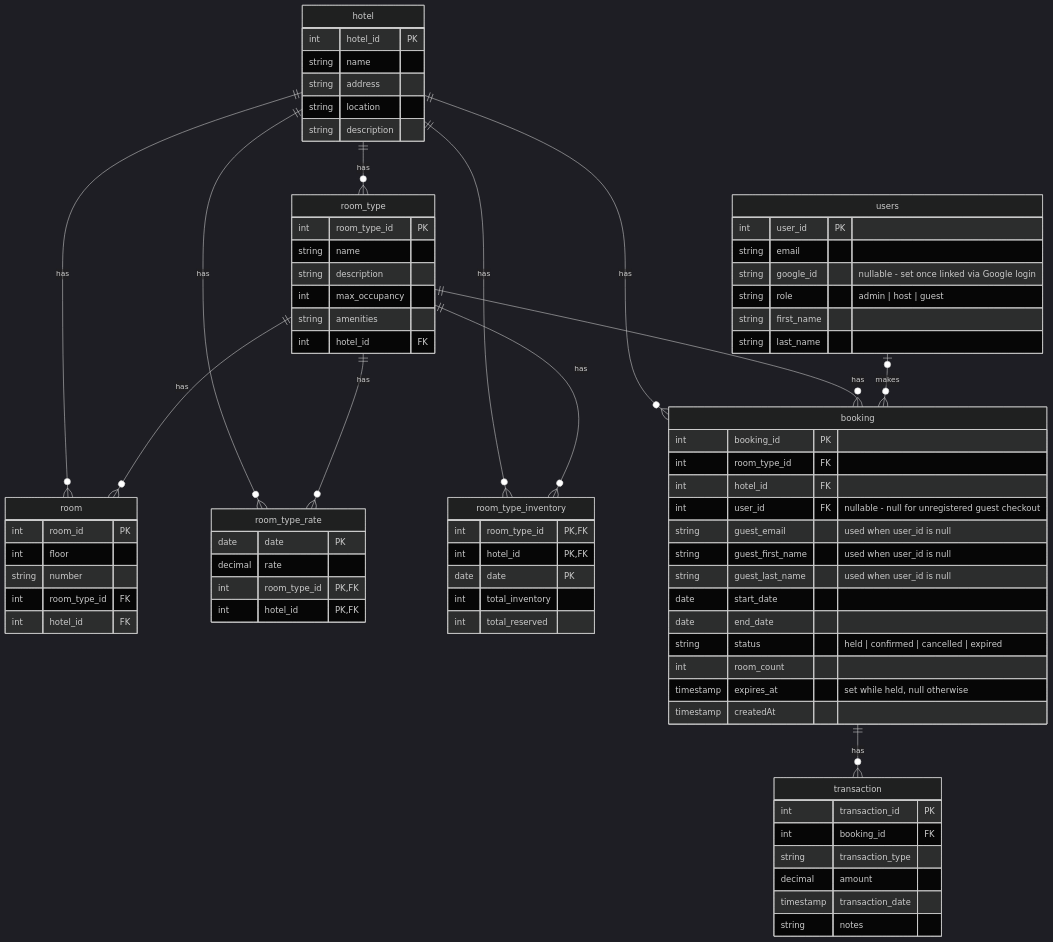
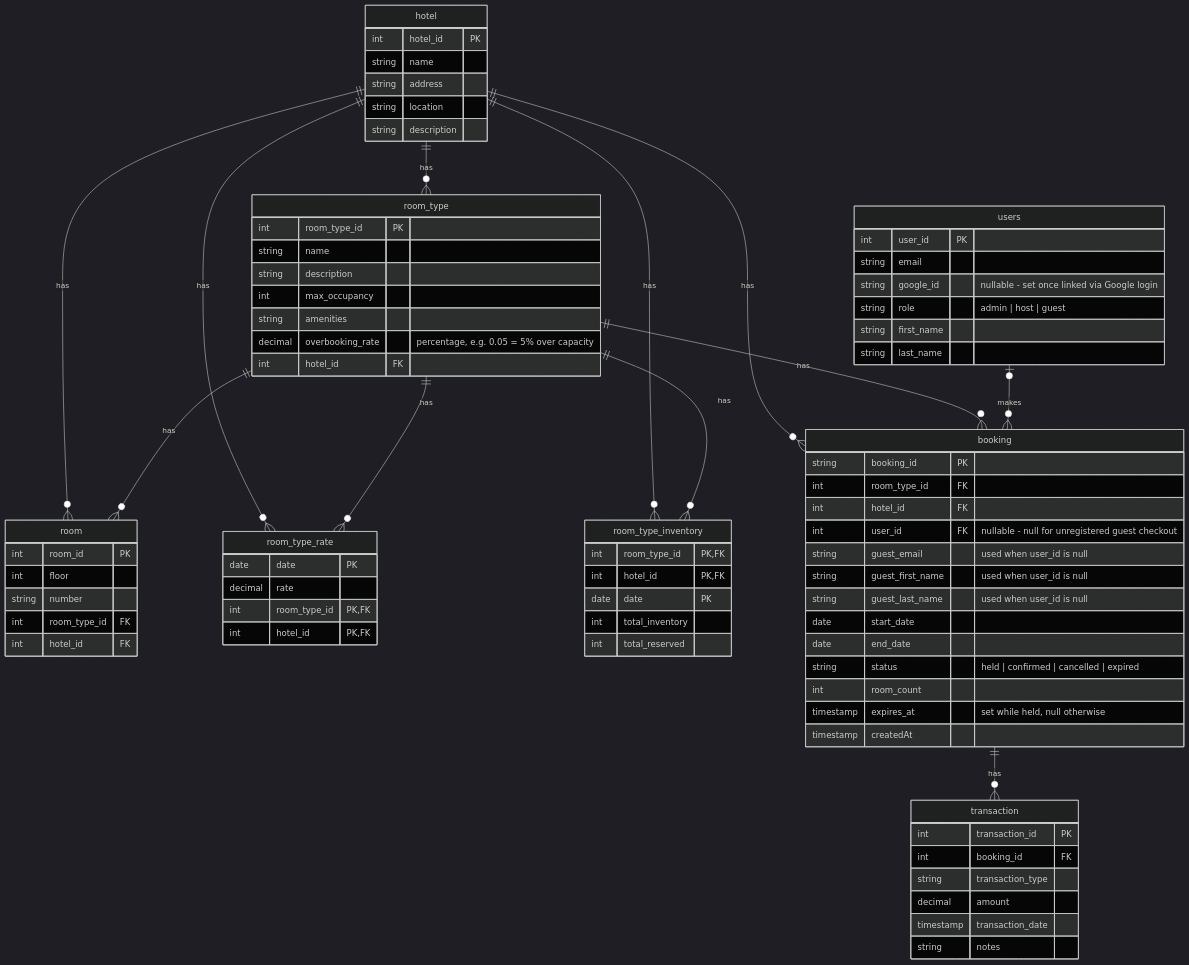
One commit to dreiv/booking changed the diagram in docs/architecture/data-models.md. Above: the diagram before and after it, drawn with Mermaid (dark theme). The commit also changed 5 other files, not shown here.

```diff
--- a/docs/architecture/data-models.md
+++ b/docs/architecture/data-models.md
@@ -12,12 +12,13 @@
         string description
     }
 
-    room_type {
+     room_type {
         int room_type_id PK
         string name
         string description
         int max_occupancy
         string amenities
+        decimal overbooking_rate "percentage, e.g. 0.05 = 5% over capacity"
         int hotel_id FK
     }
 
@@ -54,7 +55,7 @@
     }
 
     booking {
-        int booking_id PK
+        string booking_id PK
         int room_type_id FK
         int hotel_id FK
         int user_id FK "nullable - null for unregistered guest checkout"
```
